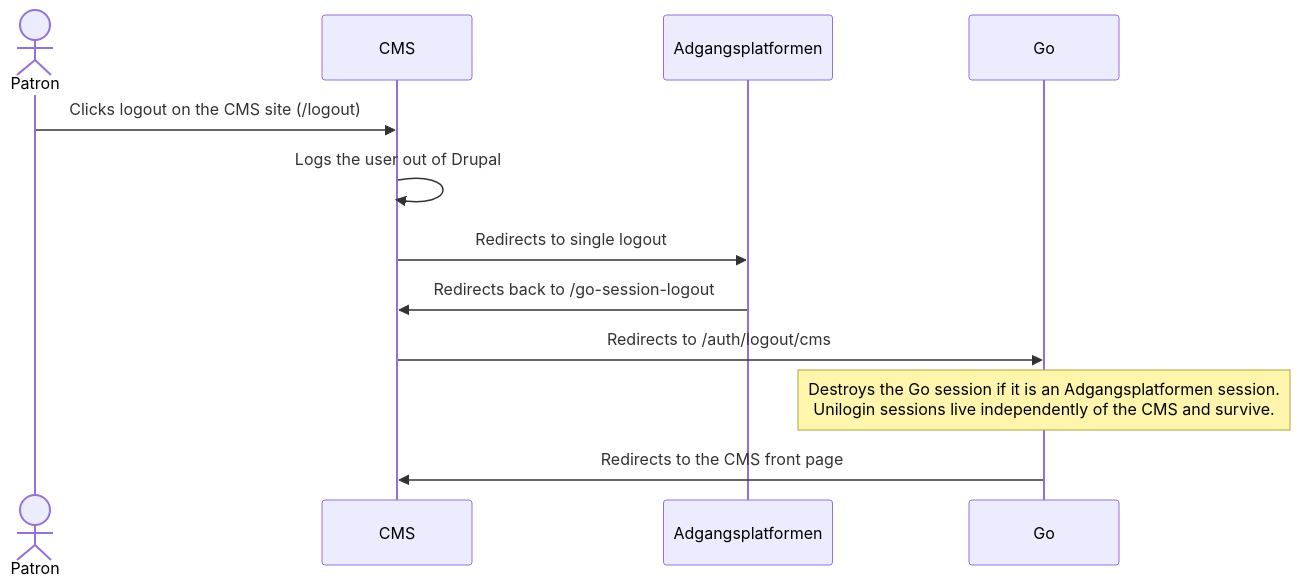
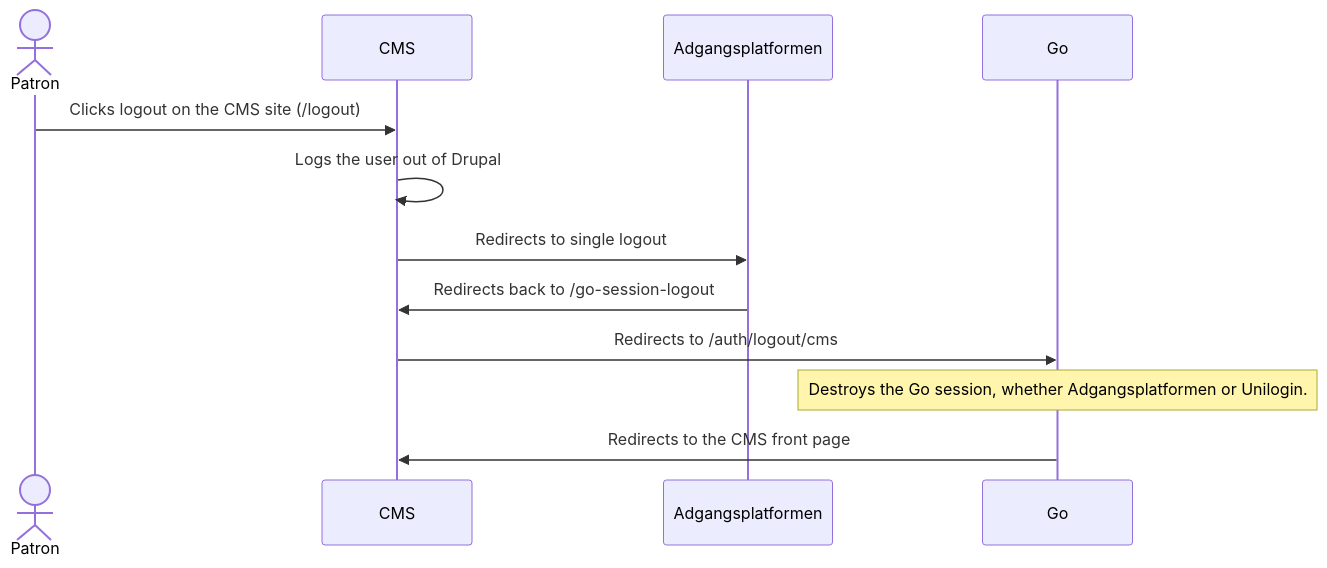
Before and after one commit to danskernesdigitalebibliotek/dpl-web: the third of 3 diagrams in docs/go/authentication.md, drawn with Mermaid. The commit also changed other lines of this file and 5 other files, not shown here.

Commit message:
Document Unilogin via Adgangsplatformen in GO

````diff
--- a/docs/go/authentication.md
+++ b/docs/go/authentication.md
@@ -180,14 +153,14 @@
 ```mermaid
 sequenceDiagram
     actor Patron
     participant CMS
     participant Adgangsplatformen
     participant Go
     Patron->>CMS: Clicks logout on the CMS site (/logout)
     CMS->>CMS: Logs the user out of Drupal
     CMS->>Adgangsplatformen: Redirects to single logout
     Adgangsplatformen->>CMS: Redirects back to /go-session-logout
     CMS->>Go: Redirects to /auth/logout/cms
-    Note over Go: Destroys the Go session if it is an Adgangsplatformen session.<br/>Unilogin sessions live independently of the CMS and survive.
+    Note over Go: Destroys the Go session, whether Adgangsplatformen or Unilogin.
     Go->>CMS: Redirects to the CMS front page
 ```
````
